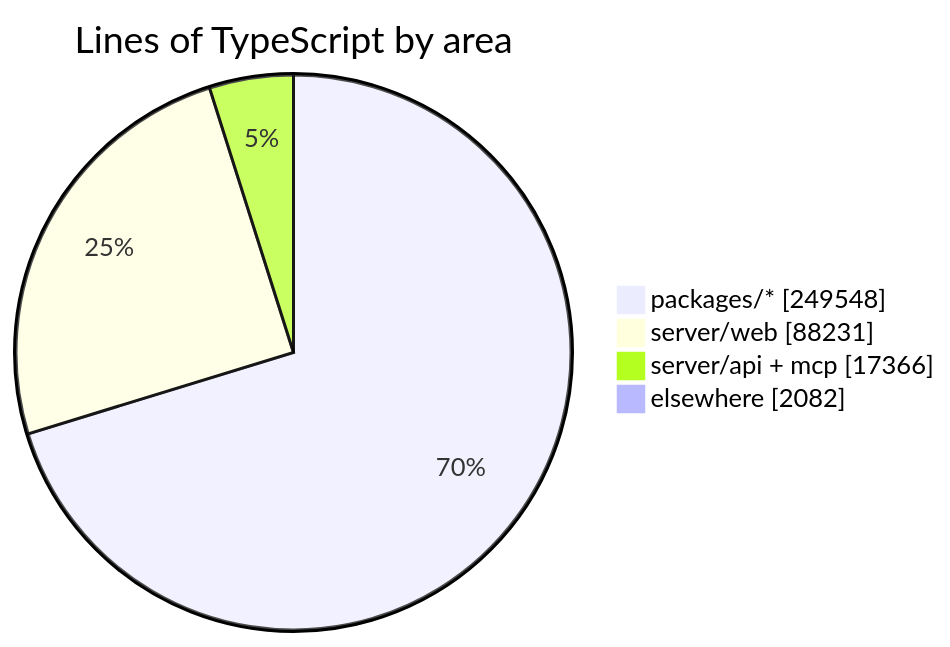
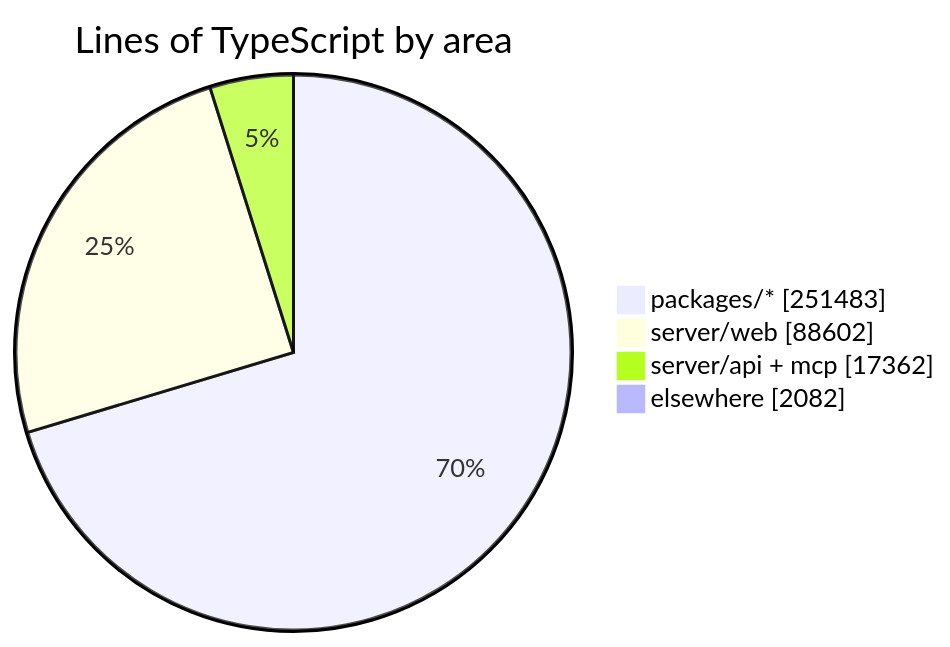
One commit to crossworks-engineering/mantle changed the diagram in README.md. Above: the diagram before and after it, drawn with Mermaid. The commit also changed other lines of this file and 2 other files, not shown here.

````diff
--- a/README.md
+++ b/README.md
@@ -287,7 +287,7 @@
 ```mermaid
 pie showData title Lines of TypeScript by area
-    "packages/*" : 249548
-    "server/web" : 88231
-    "server/api + mcp" : 17366
+    "packages/*" : 251483
+    "server/web" : 88602
+    "server/api + mcp" : 17362
     "elsewhere" : 2082
 ```
````
